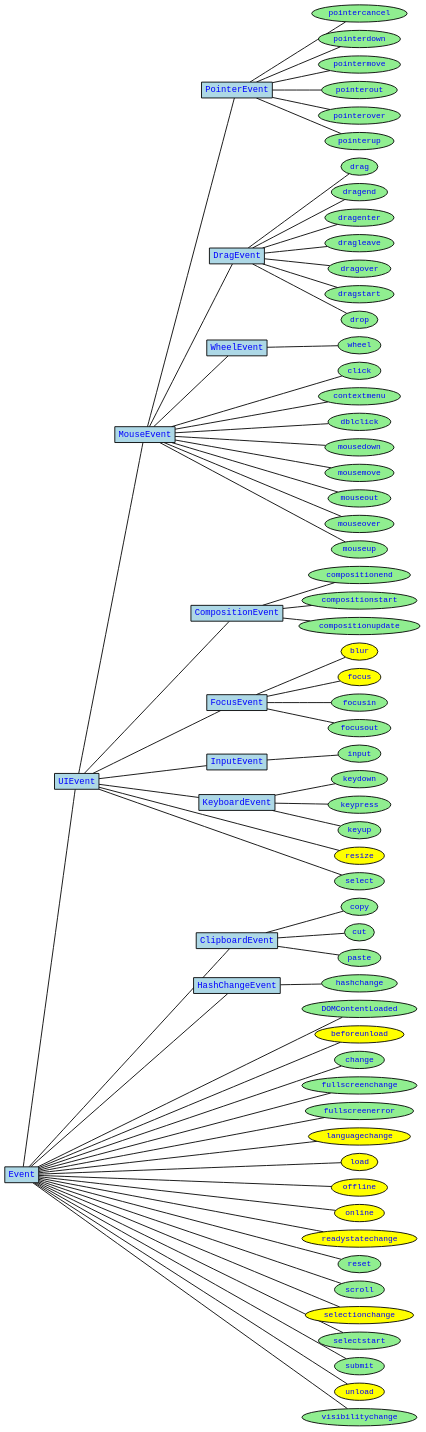
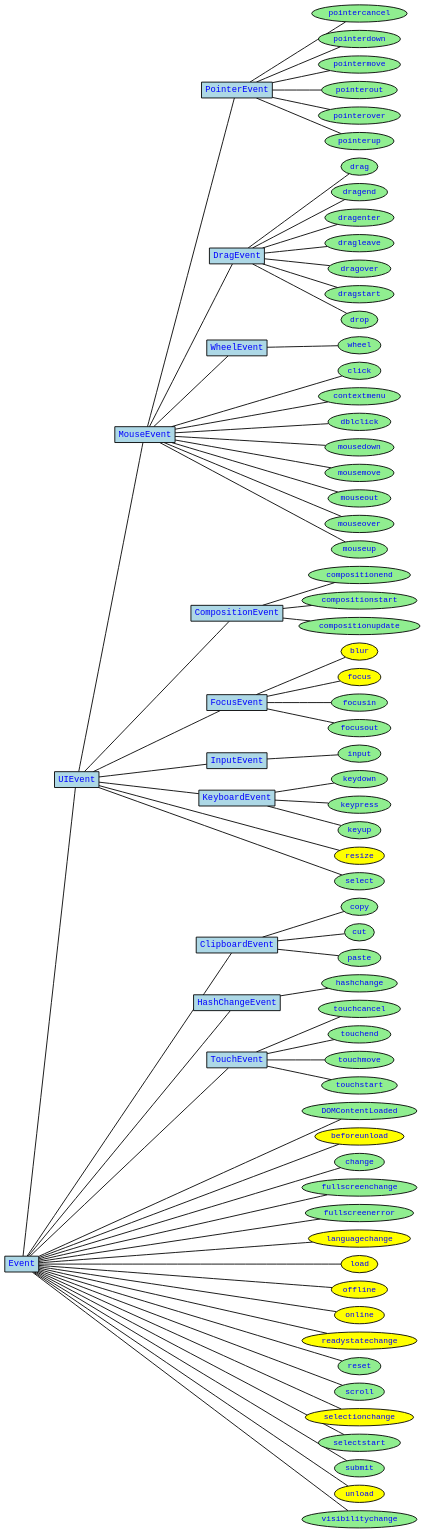
Before and after one commit to plaidfinch/myxine: the diagram in notes/event-hierarchy.dot, drawn with Graphviz. The commit also changed 1 other file, not shown here.

Commit message:
Revert "Remove touch events from curated hierarchy"
This reverts commit f1aef0e26abc69be7cadb498a24a27c510daa44b.

```diff
--- a/notes/event-hierarchy.dot
+++ b/notes/event-hierarchy.dot
@@ -1,164 +1,175 @@
 digraph {
   rankdir="LR";
   splines=false;
   node [shape=box, fontname="Courier", fontsize="18pt", overlap=false, penwidth=2];
   edge [arrowhead=none, overlap=false, concentrate=true, penwidth=2];
   outputorder="edgesfirst";
 
   {
     node [fillcolor="lightblue", fontcolor="blue", style="filled", fontsize="20pt"];
     MouseEvent [href="https://developer.mozilla.org/en-US/docs/Web/API/MouseEvent"];
     PointerEvent [href="https://developer.mozilla.org/en-US/docs/Web/API/PointerEvent"];
     DragEvent [href="https://developer.mozilla.org/en-US/docs/Web/API/DragEvent"];
     WheelEvent [href="https://developer.mozilla.org/en-US/docs/Web/API/WheelEvent"];
     UIEvent [href="https://developer.mozilla.org/en-US/docs/Web/API/UIEvent"];
     ClipboardEvent [href="https://developer.mozilla.org/en-US/docs/Web/API/ClipboardEvent"];
     CompositionEvent [href="https://developer.mozilla.org/en-US/docs/Web/API/CompositionEvent"];
     Event [href="https://developer.mozilla.org/en-US/docs/Web/API/Event"];
     FocusEvent [href="https://developer.mozilla.org/en-US/docs/Web/API/FocusEvent"];
     HashChangeEvent [href="https://developer.mozilla.org/en-US/docs/Web/API/HashChangeEvent"];
     InputEvent [href="https://developer.mozilla.org/en-US/docs/Web/API/InputEvent"];
     KeyboardEvent [href="https://developer.mozilla.org/en-US/docs/Web/API/KeyboardEvent"];
+    TouchEvent [href="https://developer.mozilla.org/en-US/docs/Web/API/TouchEvent"];
   }
 
   {
     rank=same
     InputEvent
     KeyboardEvent
     FocusEvent
     CompositionEvent
     PointerEvent
     DragEvent
+    TouchEvent
     HashChangeEvent
     ClipboardEvent
   }
 
   {
     rank=same
     node [shape=ellipse, fontcolor="blue", style="filled"];
     DOMContentLoaded [fillcolor="lightgreen", href="https://developer.mozilla.org/en-US/docs/Web/Events/DOMContentLoaded"];
     beforeunload [fillcolor="yellow", href="https://developer.mozilla.org/en-US/docs/Web/Events/beforeunload"];
     blur [fillcolor="yellow", href="https://developer.mozilla.org/en-US/docs/Web/Events/blur"];
     change [fillcolor="lightgreen", href="https://developer.mozilla.org/en-US/docs/Web/Events/change"];
     click [fillcolor="lightgreen", href="https://developer.mozilla.org/en-US/docs/Web/Events/click"];
     compositionend [fillcolor="lightgreen", href="https://developer.mozilla.org/en-US/docs/Web/Events/compositionend"];
     compositionstart [fillcolor="lightgreen", href="https://developer.mozilla.org/en-US/docs/Web/Events/compositionstart"];
     compositionupdate [fillcolor="lightgreen", href="https://developer.mozilla.org/en-US/docs/Web/Events/compositionupdate"];
     contextmenu [fillcolor="lightgreen", href="https://developer.mozilla.org/en-US/docs/Web/Events/contextmenu"];
     copy [fillcolor="lightgreen", href="https://developer.mozilla.org/en-US/docs/Web/Events/copy"];
     cut [fillcolor="lightgreen", href="https://developer.mozilla.org/en-US/docs/Web/Events/cut"];
     dblclick [fillcolor="lightgreen", href="https://developer.mozilla.org/en-US/docs/Web/Events/dblclick"];
     drag [fillcolor="lightgreen", href="https://developer.mozilla.org/en-US/docs/Web/Events/drag"];
     dragend [fillcolor="lightgreen", href="https://developer.mozilla.org/en-US/docs/Web/Events/dragend"];
     dragenter [fillcolor="lightgreen", href="https://developer.mozilla.org/en-US/docs/Web/Events/dragenter"];
     dragleave [fillcolor="lightgreen", href="https://developer.mozilla.org/en-US/docs/Web/Events/dragleave"];
     dragover [fillcolor="lightgreen", href="https://developer.mozilla.org/en-US/docs/Web/Events/dragover"];
     dragstart [fillcolor="lightgreen", href="https://developer.mozilla.org/en-US/docs/Web/Events/dragstart"];
     drop [fillcolor="lightgreen", href="https://developer.mozilla.org/en-US/docs/Web/Events/drop"];
     focus [fillcolor="yellow", href="https://developer.mozilla.org/en-US/docs/Web/Events/focus"];
     focusin [fillcolor="lightgreen", href="https://developer.mozilla.org/en-US/docs/Web/Events/focusin"];
     focusout [fillcolor="lightgreen", href="https://developer.mozilla.org/en-US/docs/Web/Events/focusout"];
     fullscreenchange [fillcolor="lightgreen", href="https://developer.mozilla.org/en-US/docs/Web/Events/fullscreenchange"];
     fullscreenerror [fillcolor="lightgreen", href="https://developer.mozilla.org/en-US/docs/Web/Events/fullscreenerror"];
     hashchange [fillcolor="lightgreen", href="https://developer.mozilla.org/en-US/docs/Web/Events/hashchange"];
     input [fillcolor="lightgreen", href="https://developer.mozilla.org/en-US/docs/Web/Events/input"];
     keydown [fillcolor="lightgreen", href="https://developer.mozilla.org/en-US/docs/Web/Events/keydown"];
     keypress [fillcolor="lightgreen", href="https://developer.mozilla.org/en-US/docs/Web/Events/keypress"];
     keyup [fillcolor="lightgreen", href="https://developer.mozilla.org/en-US/docs/Web/Events/keyup"];
     languagechange [fillcolor="yellow", href="https://developer.mozilla.org/en-US/docs/Web/Events/languagechange"];
     load [fillcolor="yellow", href="https://developer.mozilla.org/en-US/docs/Web/Events/load"];
     mousedown [fillcolor="lightgreen", href="https://developer.mozilla.org/en-US/docs/Web/Events/mousedown"];
     mousemove [fillcolor="lightgreen", href="https://developer.mozilla.org/en-US/docs/Web/Events/mousemove"];
     mouseout [fillcolor="lightgreen", href="https://developer.mozilla.org/en-US/docs/Web/Events/mouseout"];
     mouseover [fillcolor="lightgreen", href="https://developer.mozilla.org/en-US/docs/Web/Events/mouseover"];
     mouseup [fillcolor="lightgreen", href="https://developer.mozilla.org/en-US/docs/Web/Events/mouseup"];
     offline [fillcolor="yellow", href="https://developer.mozilla.org/en-US/docs/Web/Events/offline"];
     online [fillcolor="yellow", href="https://developer.mozilla.org/en-US/docs/Web/Events/online"];
     paste [fillcolor="lightgreen", href="https://developer.mozilla.org/en-US/docs/Web/Events/paste"];
     pointercancel [fillcolor="lightgreen", href="https://developer.mozilla.org/en-US/docs/Web/Events/pointercancel"];
     pointerdown [fillcolor="lightgreen", href="https://developer.mozilla.org/en-US/docs/Web/Events/pointerdown"];
     pointermove [fillcolor="lightgreen", href="https://developer.mozilla.org/en-US/docs/Web/Events/pointermove"];
     pointerout [fillcolor="lightgreen", href="https://developer.mozilla.org/en-US/docs/Web/Events/pointerout"];
     pointerover [fillcolor="lightgreen", href="https://developer.mozilla.org/en-US/docs/Web/Events/pointerover"];
     pointerup [fillcolor="lightgreen", href="https://developer.mozilla.org/en-US/docs/Web/Events/pointerup"];
     readystatechange [fillcolor="yellow", href="https://developer.mozilla.org/en-US/docs/Web/Events/readystatechange"];
     reset [fillcolor="lightgreen", href="https://developer.mozilla.org/en-US/docs/Web/Events/reset"];
     resize [fillcolor="yellow", href="https://developer.mozilla.org/en-US/docs/Web/Events/resize"];
     scroll [fillcolor="lightgreen", href="https://developer.mozilla.org/en-US/docs/Web/Events/scroll"];
     select [fillcolor="lightgreen", href="https://developer.mozilla.org/en-US/docs/Web/Events/select"];
     selectionchange [fillcolor="yellow", href="https://developer.mozilla.org/en-US/docs/Web/Events/selectionchange"];
     selectstart [fillcolor="lightgreen", href="https://developer.mozilla.org/en-US/docs/Web/Events/selectstart"];
     submit [fillcolor="lightgreen", href="https://developer.mozilla.org/en-US/docs/Web/Events/submit"];
+    touchcancel [fillcolor="lightgreen", href="https://developer.mozilla.org/en-US/docs/Web/Events/touchcancel"];
+    touchend [fillcolor="lightgreen", href="https://developer.mozilla.org/en-US/docs/Web/Events/touchend"];
+    touchmove [fillcolor="lightgreen", href="https://developer.mozilla.org/en-US/docs/Web/Events/touchmove"];
+    touchstart [fillcolor="lightgreen", href="https://developer.mozilla.org/en-US/docs/Web/Events/touchstart"];
     unload [fillcolor="yellow", href="https://developer.mozilla.org/en-US/docs/Web/Events/unload"];
     visibilitychange [fillcolor="lightgreen", href="https://developer.mozilla.org/en-US/docs/Web/Events/visibilitychange"];
     wheel [fillcolor="lightgreen", href="https://developer.mozilla.org/en-US/docs/Web/Events/wheel"];
   }
 
   MouseEvent -> DragEvent;
   MouseEvent -> PointerEvent;
   MouseEvent -> WheelEvent;
   UIEvent -> CompositionEvent;
   UIEvent -> FocusEvent;
   UIEvent -> InputEvent;
   UIEvent -> KeyboardEvent;
   UIEvent -> MouseEvent;
   Event -> UIEvent;
   Event -> ClipboardEvent;
   Event -> HashChangeEvent;
+  Event -> TouchEvent;
   Event -> DOMContentLoaded;
   ClipboardEvent -> copy
   ClipboardEvent -> cut
   ClipboardEvent -> paste
   CompositionEvent -> compositionend
   CompositionEvent -> compositionstart
   CompositionEvent -> compositionupdate
   DragEvent -> drag
   DragEvent -> dragend
   DragEvent -> dragenter
   DragEvent -> dragleave
   DragEvent -> dragover
   DragEvent -> dragstart
   DragEvent -> drop
   Event -> beforeunload
   Event -> change
   Event -> fullscreenchange
   Event -> fullscreenerror
   Event -> languagechange
   Event -> load
   Event -> offline
   Event -> online
   Event -> readystatechange
   Event -> reset
   Event -> scroll
   Event -> selectionchange
   Event -> selectstart
   Event -> submit
   Event -> unload
   Event -> visibilitychange
   FocusEvent -> blur
   FocusEvent -> focus
   FocusEvent -> focusin
   FocusEvent -> focusout
   HashChangeEvent -> hashchange
   InputEvent -> input
   KeyboardEvent -> keydown
   KeyboardEvent -> keypress
   KeyboardEvent -> keyup
   MouseEvent -> click
   MouseEvent -> contextmenu
   MouseEvent -> dblclick
   MouseEvent -> mousedown
   MouseEvent -> mousemove
   MouseEvent -> mouseout
   MouseEvent -> mouseover
   MouseEvent -> mouseup
   PointerEvent -> pointercancel
   PointerEvent -> pointerdown
   PointerEvent -> pointermove
   PointerEvent -> pointerout
   PointerEvent -> pointerover
   PointerEvent -> pointerup
+  TouchEvent -> touchcancel
+  TouchEvent -> touchend
+  TouchEvent -> touchmove
+  TouchEvent -> touchstart
   UIEvent -> resize
   UIEvent -> select
   WheelEvent -> wheel
 }
```
